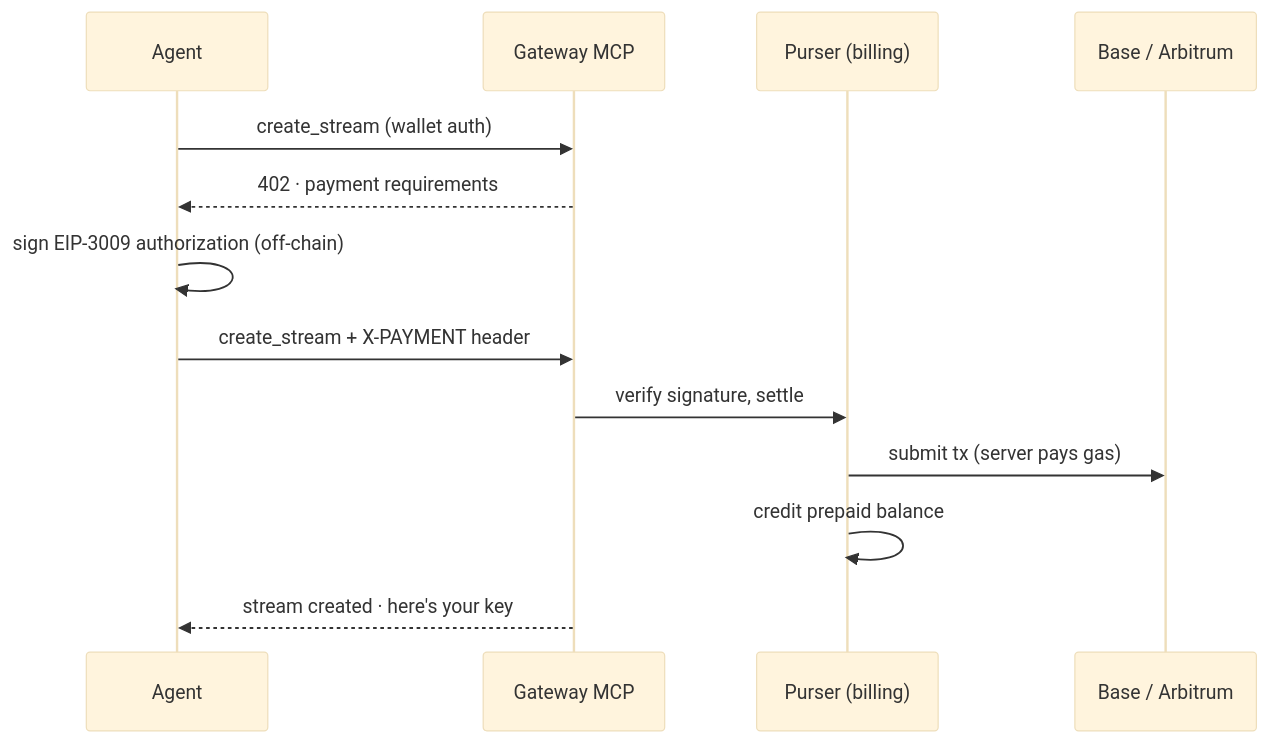
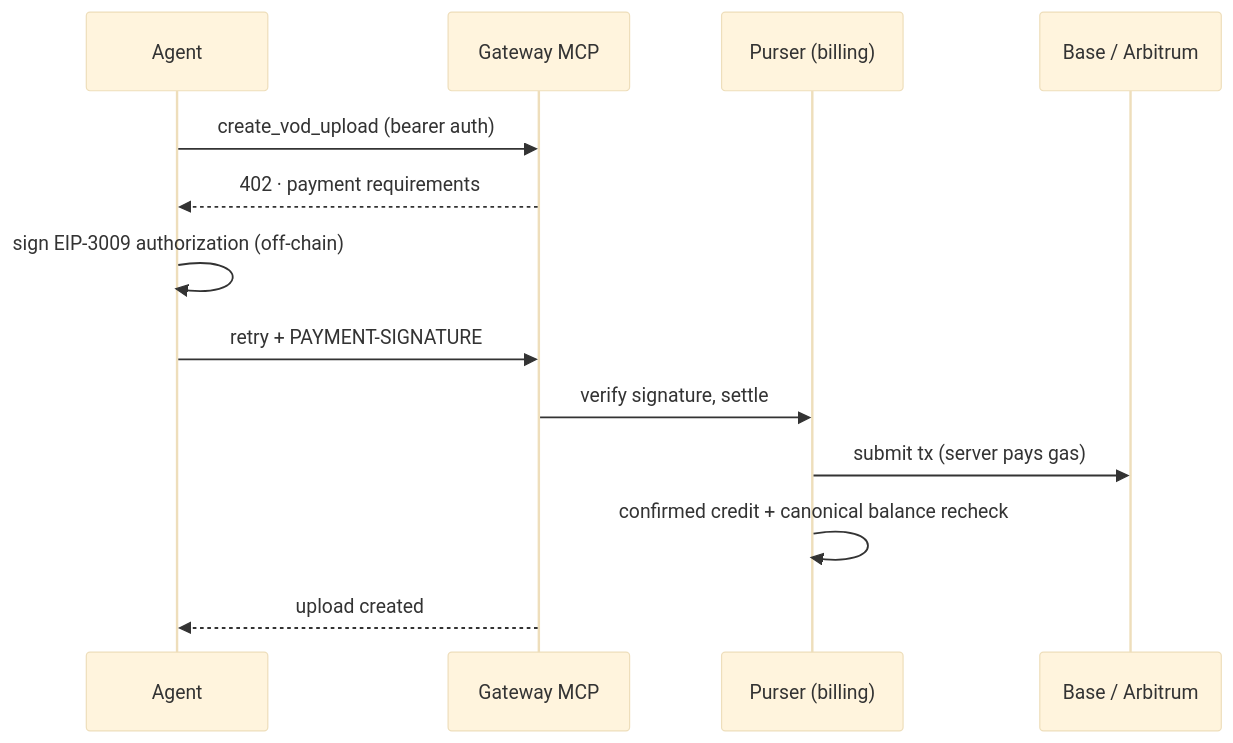
The diagram in website_docs/src/content/docs/blog/agent-native-access.mdx (Livepeer-FrameWorks/monorepo), drawn with Mermaid (base theme) before and after one commit. The commit also changed other lines of this file and 21 other files, not shown here.

````diff
--- a/website_docs/src/content/docs/blog/agent-native-access.mdx
+++ b/website_docs/src/content/docs/blog/agent-native-access.mdx
@@ -25,15 +30,15 @@
 ```mermaid
 sequenceDiagram
     participant A as Agent
     participant G as Gateway MCP
     participant P as Purser (billing)
     participant C as Base / Arbitrum
-    A->>G: create_stream (wallet auth)
+    A->>G: create_vod_upload (bearer auth)
     G-->>A: 402 · payment requirements
     A->>A: sign EIP-3009 authorization (off-chain)
-    A->>G: create_stream + X-PAYMENT header
+    A->>G: retry + PAYMENT-SIGNATURE
     G->>P: verify signature, settle
     P->>C: submit tx (server pays gas)
-    P->>P: credit prepaid balance
-    G-->>A: stream created · here's your key
+    P->>P: confirmed credit + canonical balance recheck
+    G-->>A: upload created
 ```
````
